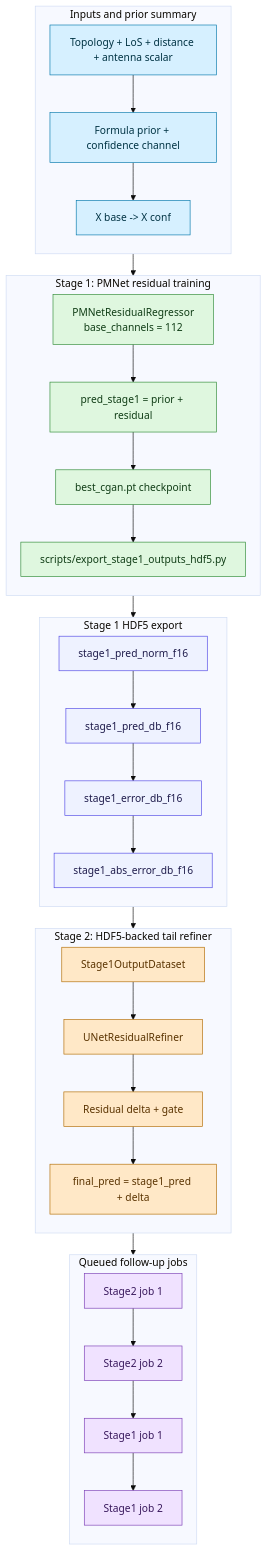
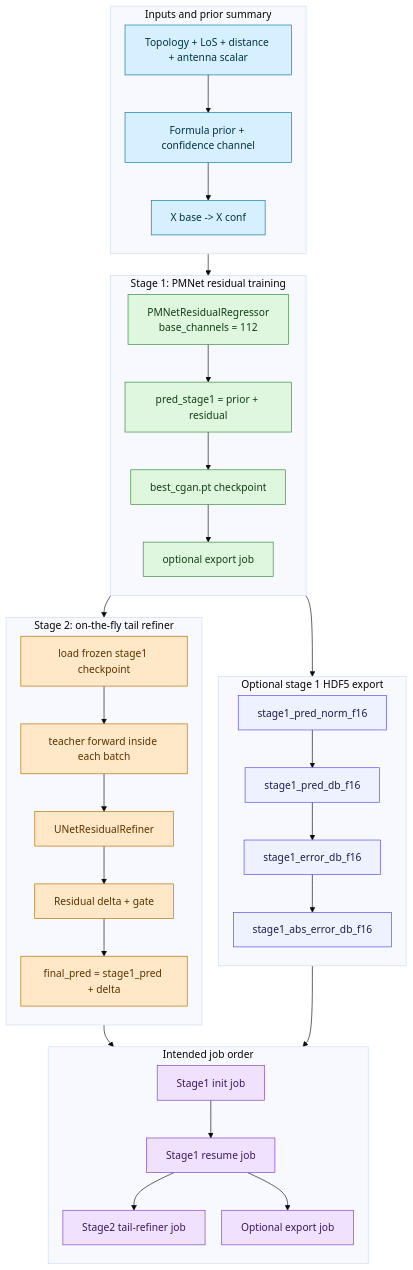
The diagram in diagram/try49/try49_full_system.mmd (unworthyzeus/TFGAllProgress_Tries_and_Attempts), drawn with Mermaid (base theme) before and after one commit. The commit also changed 343 other files, not shown here.

```diff
--- a/diagram/try49/try49_full_system.mmd
+++ b/diagram/try49/try49_full_system.mmd
@@ -1,62 +1,65 @@
 %%{init: {'flowchart': {'nodeSpacing': 26, 'rankSpacing': 34}} }%%
 flowchart TB
     subgraph PRIOR[Inputs and prior summary]
       direction TB
       I1[Topology + LoS + distance + antenna scalar]
       I2[Formula prior + confidence channel]
       I3[X base -> X conf]
       I1 --> I2 --> I3
     end
 
     subgraph S1[Stage 1: PMNet residual training]
       direction TB
       B1[PMNetResidualRegressor\nbase_channels = 112]
       B2[pred_stage1 = prior + residual]
       B3[best_cgan.pt checkpoint]
-      B4[scripts/export_stage1_outputs_hdf5.py]
+      B4[optional export job]
       B1 --> B2 --> B3 --> B4
     end
 
-    subgraph EX[Stage 1 HDF5 export]
+    subgraph EX[Optional stage 1 HDF5 export]
       direction TB
       E1[stage1_pred_norm_f16]
       E2[stage1_pred_db_f16]
       E3[stage1_error_db_f16]
       E4[stage1_abs_error_db_f16]
       E1 --> E2 --> E3 --> E4
     end
 
-    subgraph S2[Stage 2: HDF5-backed tail refiner]
+    subgraph S2[Stage 2: on-the-fly tail refiner]
       direction TB
-      C1[Stage1OutputDataset]
-      C2[UNetResidualRefiner]
-      C3[Residual delta + gate]
-      C4[final_pred = stage1_pred + delta]
-      C1 --> C2 --> C3 --> C4
+      C1[load frozen stage1 checkpoint]
+      C2[teacher forward inside each batch]
+      C3[UNetResidualRefiner]
+      C4[Residual delta + gate]
+      C5[final_pred = stage1_pred + delta]
+      C1 --> C2 --> C3 --> C4 --> C5
     end
 
-    subgraph QUEUE[Queued follow-up jobs]
+    subgraph QUEUE[Intended job order]
       direction TB
-      Q1[Stage2 job 1]
-      Q2[Stage2 job 2]
-      Q3[Stage1 job 1]
-      Q4[Stage1 job 2]
-      Q1 --> Q2 --> Q3 --> Q4
+      Q1[Stage1 init job]
+      Q2[Stage1 resume job]
+      Q3[Stage2 tail-refiner job]
+      Q4[Optional export job]
+      Q1 --> Q2 --> Q3
+      Q2 --> Q4
     end
 
     I3 --> B1
+    B3 --> C1
     B4 --> E1
-    E4 --> C1
-    C4 --> Q1
+    E4 --> Q4
+    C5 --> Q3
 
     classDef prior fill:#d6f0ff,stroke:#0077aa,stroke-width:1px,color:#003344;
     classDef stage1 fill:#dff7df,stroke:#2d8a34,stroke-width:1px,color:#103d16;
     classDef export fill:#eef2ff,stroke:#4f46e5,stroke-width:1px,color:#1e1b4b;
     classDef stage2 fill:#ffe8c7,stroke:#b16b00,stroke-width:1px,color:#5a3300;
     classDef queue fill:#f0e2ff,stroke:#7a3db5,stroke-width:1px,color:#38185c;
 
     class I1,I2,I3 prior;
     class B1,B2,B3,B4 stage1;
     class E1,E2,E3,E4 export;
-    class C1,C2,C3,C4 stage2;
+    class C1,C2,C3,C4,C5 stage2;
     class Q1,Q2,Q3,Q4 queue;
```
